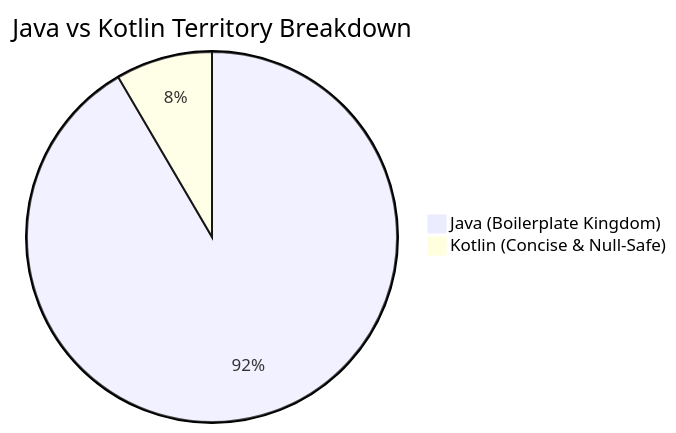
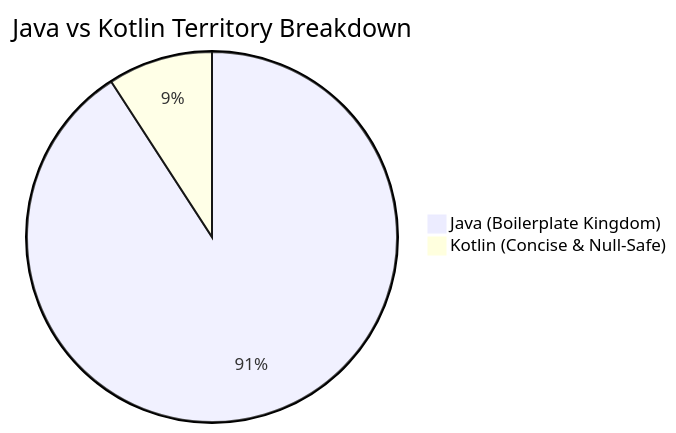
Before and after one commit to solomonrajan/cashledger: the first of 3 diagrams in KOTLIN_MIGRATION_REPORT.md, drawn with Mermaid. The commit also changed other lines of this file, not shown here.

Commit message:
docs: auto-update Kotlin migration report [skip ci]

````diff
--- a/KOTLIN_MIGRATION_REPORT.md
+++ b/KOTLIN_MIGRATION_REPORT.md
@@ -19,5 +19,5 @@
 ```mermaid
 pie title Java vs Kotlin Territory Breakdown
-    "Java (Boilerplate Kingdom)" : 488
-    "Kotlin (Concise & Null-Safe)" : 45
+    "Java (Boilerplate Kingdom)" : 486
+    "Kotlin (Concise & Null-Safe)" : 49
 ```
````
